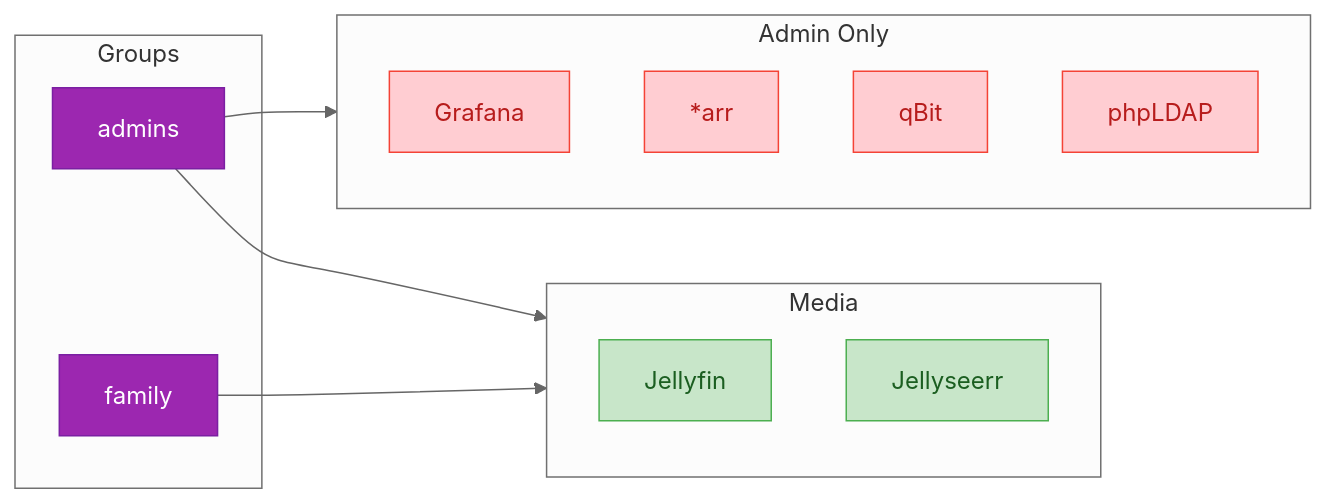
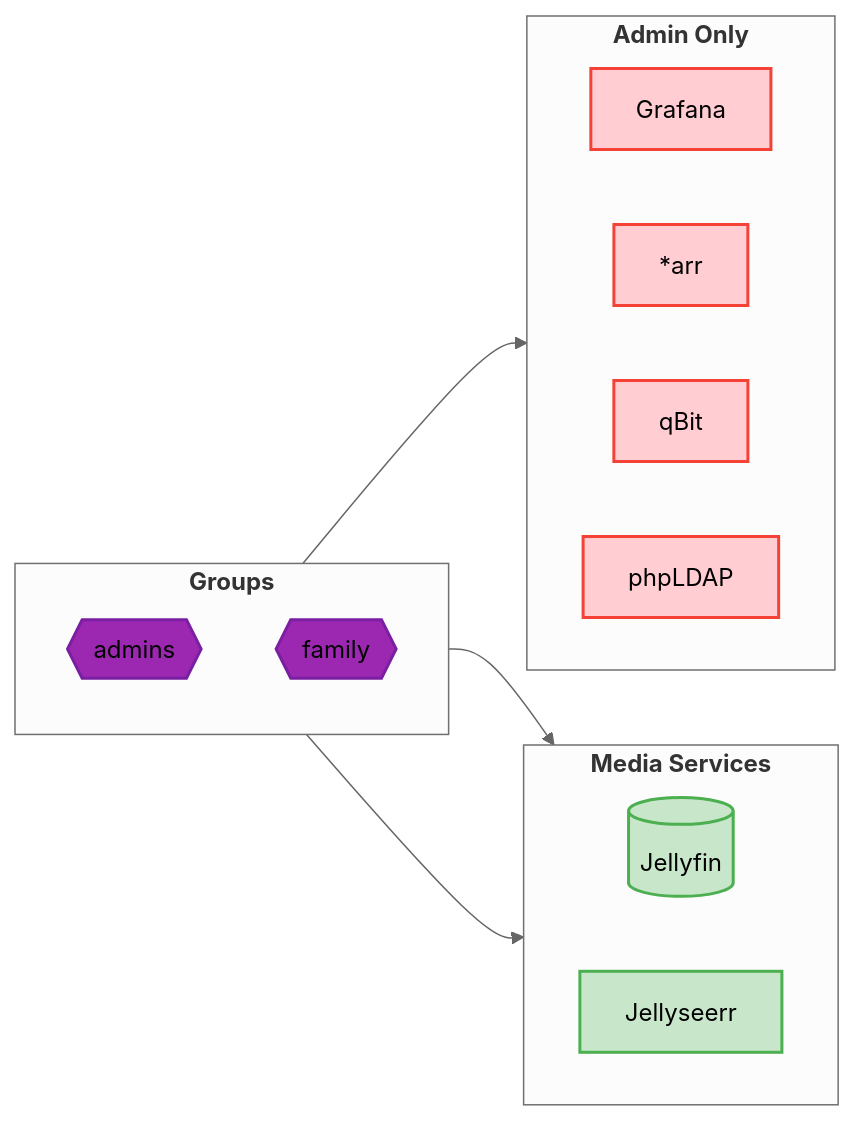
The fourth of 4 diagrams in docs-site/src/content/docs/guides/ldap.mdx (Mykyta-Home-Server/homeserver), drawn with Mermaid (neutral theme) before and after one commit. The commit also changed other lines of this file and 2 other files, not shown here.

First line of the commit message:
Refine Mermaid diagrams: compact layouts and remove labels

````diff
--- a/docs-site/src/content/docs/guides/ldap.mdx
+++ b/docs-site/src/content/docs/guides/ldap.mdx
@@ -214,31 +202,33 @@
 ```mermaid
 flowchart LR
-    subgraph groups[Groups]
-        Admins[admins]
-        Family[family]
+    subgraph groups["`**Groups**`"]
+        direction TB
+        Admins@{ shape: hex, label: "admins" }
+        Family@{ shape: hex, label: "family" }
     end
 
-    subgraph admin[Admin Only]
-        Grafana[Grafana]
-        Arr[*arr]
-        qBit[qBit]
-        phpLDAP[phpLDAP]
+    subgraph admin["`**Admin Only**`"]
+        direction LR
+        Grafana@{ shape: rect, label: "Grafana" }
+        Arr@{ shape: rect, label: "*arr" }
+        qBit@{ shape: rect, label: "qBit" }
+        phpLDAP@{ shape: rect, label: "phpLDAP" }
     end
 
-    subgraph media[Media]
-        Jellyfin[Jellyfin]
-        Jellyseerr[Jellyseerr]
+    subgraph media["`**Media Services**`"]
+        direction LR
+        Jellyfin@{ shape: cyl, label: "Jellyfin" }
+        Jellyseerr@{ shape: rect, label: "Jellyseerr" }
     end
 
-    Admins --> admin
-    Admins --> media
+    Admins --> admin & media
     Family --> media
 
-    classDef groupStyle fill:#9c27b0,stroke:#7b1fa2,color:#fff
-    classDef adminStyle fill:#ffcdd2,stroke:#f44336,color:#b71c1c
-    classDef mediaStyle fill:#c8e6c9,stroke:#4caf50,color:#1b5e20
+    classDef groupStyle fill:#9c27b0,stroke:#7b1fa2,stroke-width:2px
+    classDef adminStyle fill:#ffcdd2,stroke:#f44336,stroke-width:2px
+    classDef mediaStyle fill:#c8e6c9,stroke:#4caf50,stroke-width:2px
 
     class Admins,Family groupStyle
     class Grafana,Arr,qBit,phpLDAP adminStyle
     class Jellyfin,Jellyseerr mediaStyle
 ```
````
